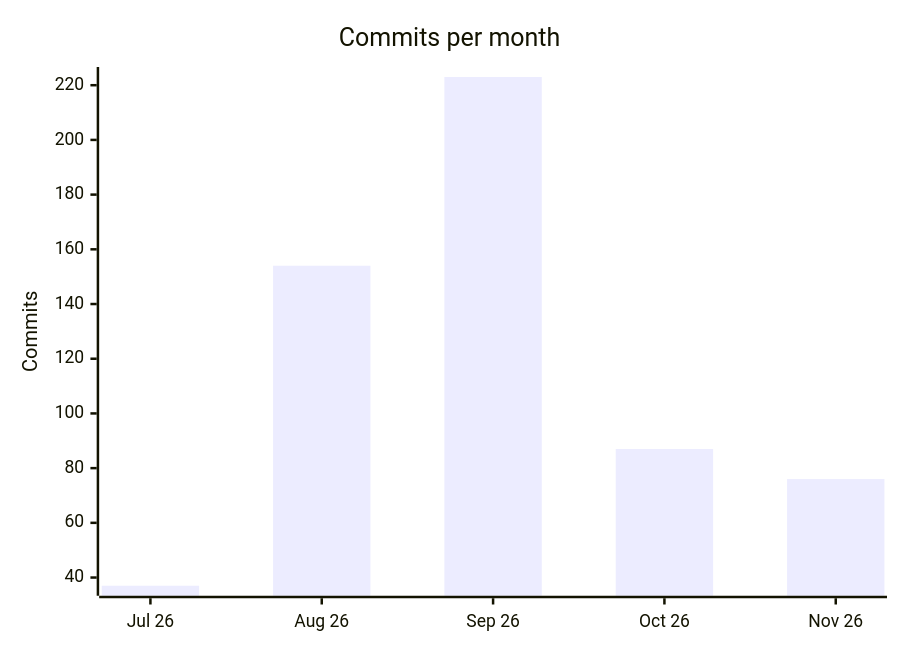
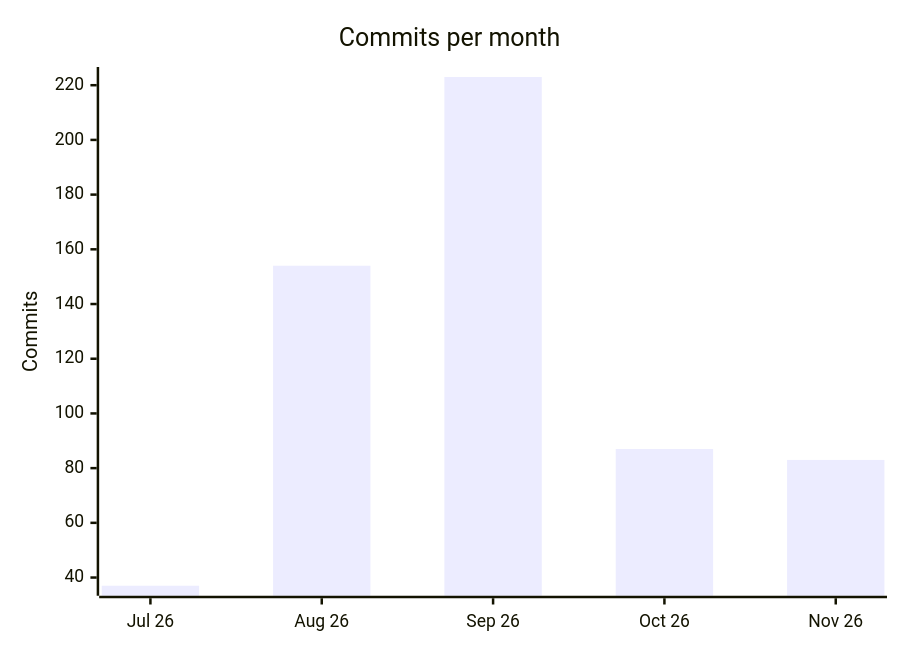
Before and after one commit to PSEMS-CO-FOE/.github: the first of 2 diagrams in profile/README.md, drawn with Mermaid. The commit also changed other lines of this file, not shown here.

````diff
--- a/profile/README.md
+++ b/profile/README.md
@@ -94,7 +94,7 @@
 ```mermaid
 xychart-beta
     title "Commits per month"
     x-axis ["Jul 26", "Aug 26", "Sep 26", "Oct 26", "Nov 26"]
     y-axis "Commits"
-    bar [37, 154, 223, 87, 76]
+    bar [37, 154, 223, 87, 83]
 ```
````
